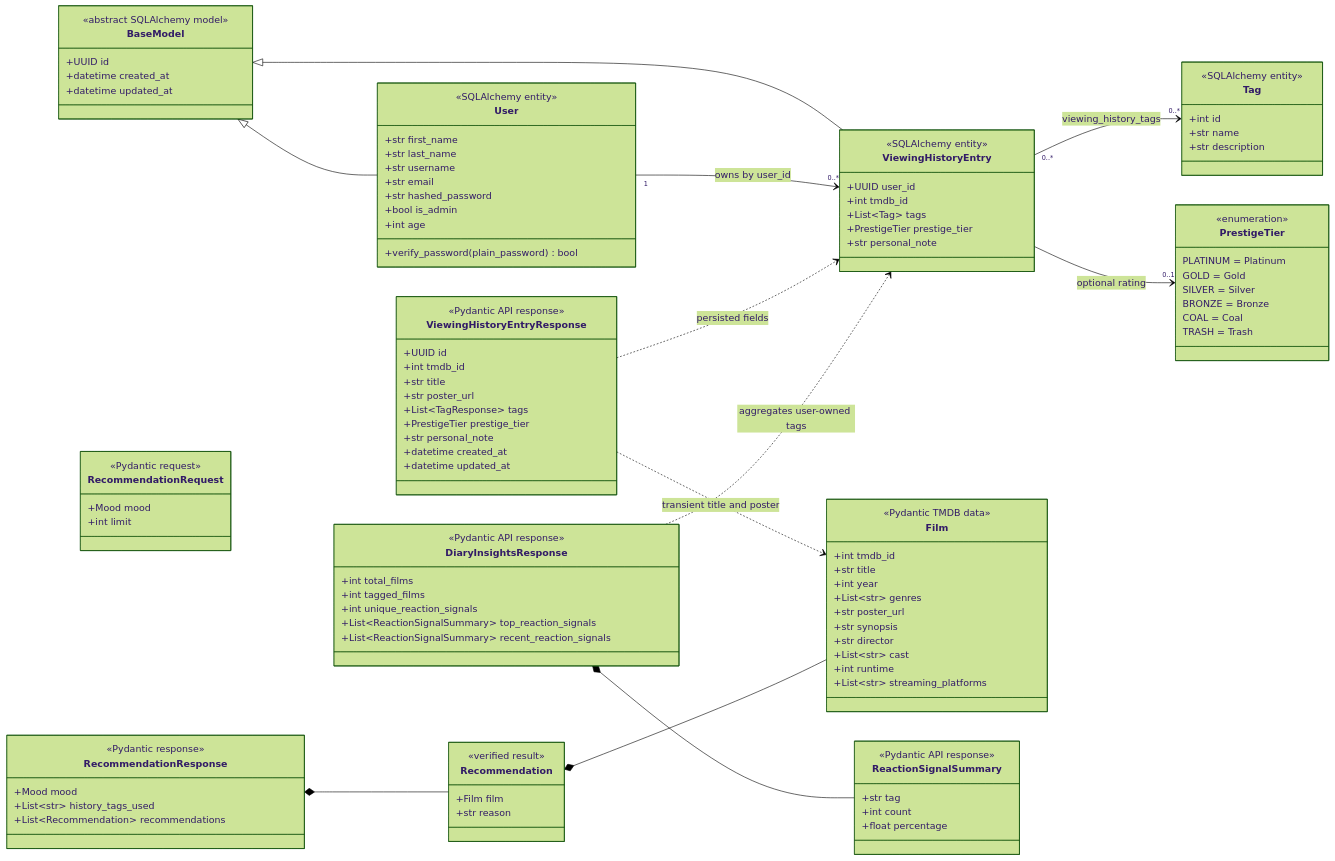
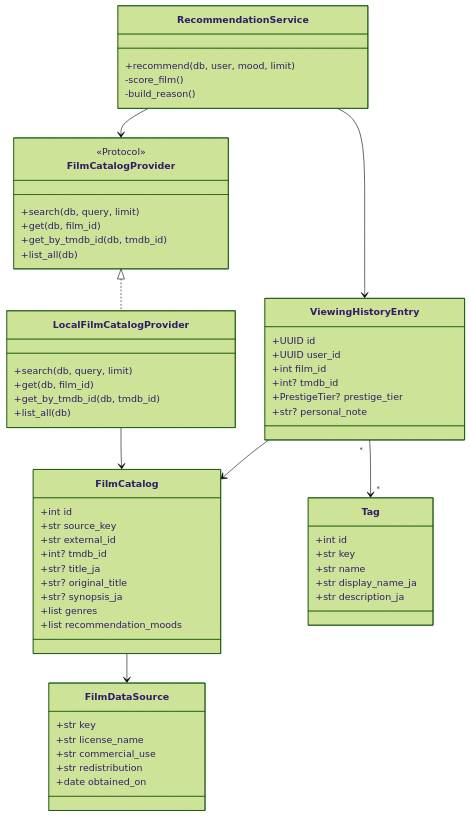
Before and after one commit to zahin-dev/Film-like: the diagram in docs/diagrams/ClassDiagram.md, drawn with Mermaid (forest theme). The commit also changed other lines of this file and 89 other files, not shown here.

First line of the commit message:
Add Japanese offline film catalog (#5)

````diff
--- a/docs/diagrams/ClassDiagram.md
+++ b/docs/diagrams/ClassDiagram.md
@@ -7,123 +3,68 @@
 ```mermaid
 classDiagram
-direction LR
+    class FilmCatalogProvider {
+        <<Protocol>>
+        +search(db, query, limit)
+        +get(db, film_id)
+        +get_by_tmdb_id(db, tmdb_id)
+        +list_all(db)
+    }
 
-class BaseModel {
-    <<abstract SQLAlchemy model>>
-    +UUID id
-    +datetime created_at
-    +datetime updated_at
-}
+    class LocalFilmCatalogProvider {
+        +search(db, query, limit)
+        +get(db, film_id)
+        +get_by_tmdb_id(db, tmdb_id)
+        +list_all(db)
+    }
 
-class User {
-    <<SQLAlchemy entity>>
-    +str first_name
-    +str last_name
-    +str username
-    +str email
-    +str hashed_password
-    +bool is_admin
-    +int age
-    +verify_password(plain_password) bool
-}
+    class FilmCatalog {
+        +int id
+        +str source_key
+        +str external_id
+        +int? tmdb_id
+        +str? title_ja
+        +str? original_title
+        +str? synopsis_ja
+        +list genres
+        +list recommendation_moods
+    }
 
-class ViewingHistoryEntry {
-    <<SQLAlchemy entity>>
-    +UUID user_id
-    +int tmdb_id
-    +List~Tag~ tags
-    +PrestigeTier prestige_tier
-    +str personal_note
-}
+    class FilmDataSource {
+        +str key
+        +str license_name
+        +str commercial_use
+        +str redistribution
+        +date obtained_on
+    }
 
-class Tag {
-    <<SQLAlchemy entity>>
-    +int id
-    +str name
-    +str description
-}
+    class ViewingHistoryEntry {
+        +UUID id
+        +UUID user_id
+        +int film_id
+        +int? tmdb_id
+        +PrestigeTier? prestige_tier
+        +str? personal_note
+    }
 
-class PrestigeTier {
-    <<enumeration>>
-    PLATINUM = Platinum
-    GOLD = Gold
-    SILVER = Silver
-    BRONZE = Bronze
-    COAL = Coal
-    TRASH = Trash
-}
+    class Tag {
+        +int id
+        +str key
+        +str name
+        +str display_name_ja
+        +str description_ja
+    }
 
-class Film {
-    <<Pydantic TMDB data>>
-    +int tmdb_id
-    +str title
-    +int year
-    +List~str~ genres
-    +str poster_url
-    +str synopsis
-    +str director
-    +List~str~ cast
-    +int runtime
-    +List~str~ streaming_platforms
-}
+    class RecommendationService {
+        +recommend(db, user, mood, limit)
+        -score_film()
+        -build_reason()
+    }
 
-class ViewingHistoryEntryResponse {
-    <<Pydantic API response>>
-    +UUID id
-    +int tmdb_id
-    +str title
-    +str poster_url
-    +List~TagResponse~ tags
-    +PrestigeTier prestige_tier
-    +str personal_note
-    +datetime created_at
-    +datetime updated_at
-}
-
-class ReactionSignalSummary {
-    <<Pydantic API response>>
-    +str tag
-    +int count
-    +float percentage
-}
-
-class DiaryInsightsResponse {
-    <<Pydantic API response>>
-    +int total_films
-    +int tagged_films
-    +int unique_reaction_signals
-    +List~ReactionSignalSummary~ top_reaction_signals
-    +List~ReactionSignalSummary~ recent_reaction_signals
-}
-
-class RecommendationRequest {
-    <<Pydantic request>>
-    +Mood mood
-    +int limit
-}
-
-class RecommendationResponse {
-    <<Pydantic response>>
-    +Mood mood
-    +List~str~ history_tags_used
-    +List~Recommendation~ recommendations
-}
-
-class Recommendation {
-    <<verified result>>
-    +Film film
-    +str reason
-}
-
-BaseModel <|-- User
-BaseModel <|-- ViewingHistoryEntry
-User "1" --> "0..*" ViewingHistoryEntry : owns by user_id
-ViewingHistoryEntry "0..*" --> "0..*" Tag : viewing_history_tags
-ViewingHistoryEntry --> "0..1" PrestigeTier : optional rating
-ViewingHistoryEntryResponse ..> ViewingHistoryEntry : persisted fields
-ViewingHistoryEntryResponse ..> Film : transient title and poster
-DiaryInsightsResponse *-- ReactionSignalSummary
-DiaryInsightsResponse ..> ViewingHistoryEntry : aggregates user-owned tags
-RecommendationResponse *-- Recommendation
-Recommendation *-- Film
+    FilmCatalogProvider <|.. LocalFilmCatalogProvider
+    LocalFilmCatalogProvider --> FilmCatalog
+    FilmCatalog --> FilmDataSource
+    ViewingHistoryEntry --> FilmCatalog
+    ViewingHistoryEntry "*" --> "*" Tag
+    RecommendationService --> FilmCatalogProvider
+    RecommendationService --> ViewingHistoryEntry
 ```
````
